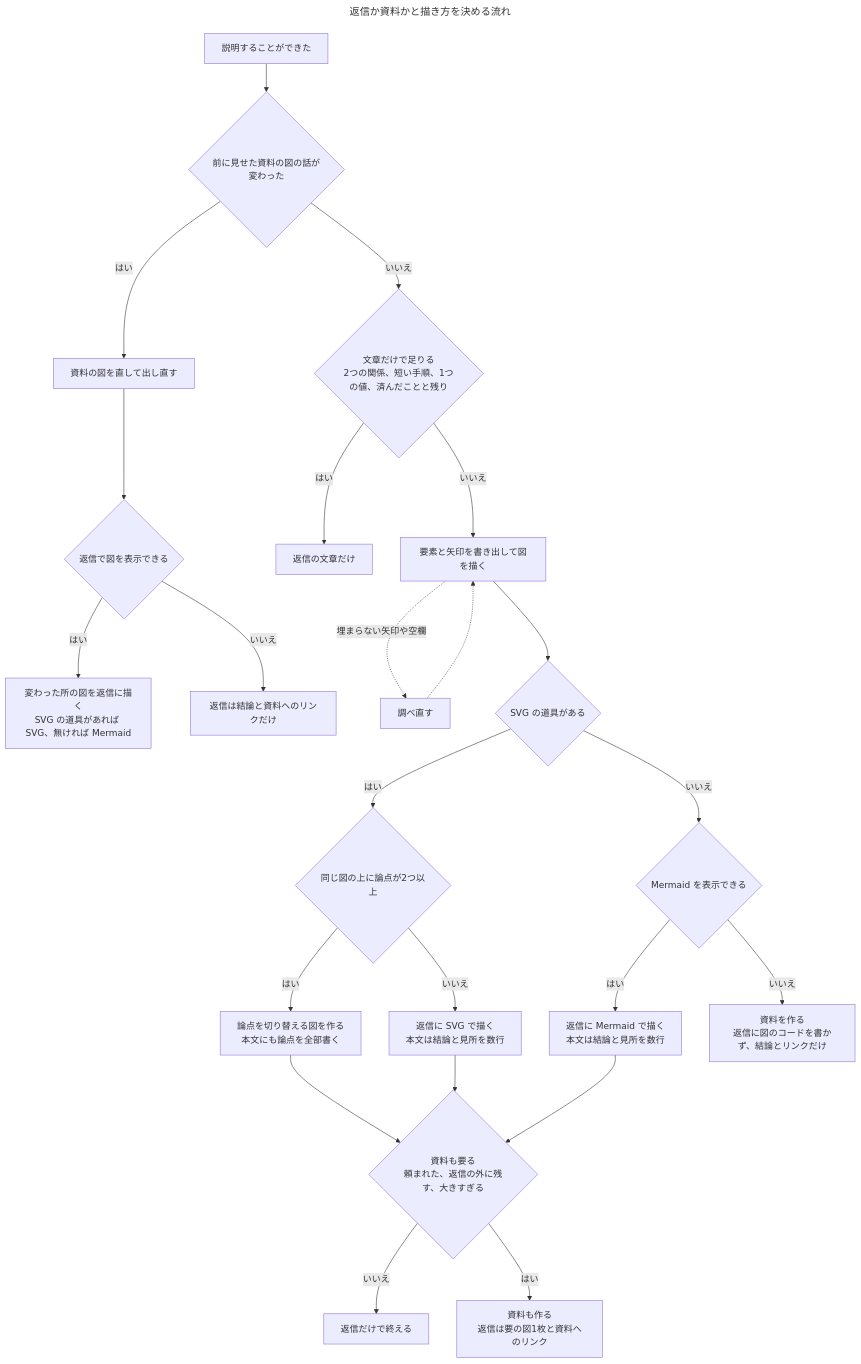
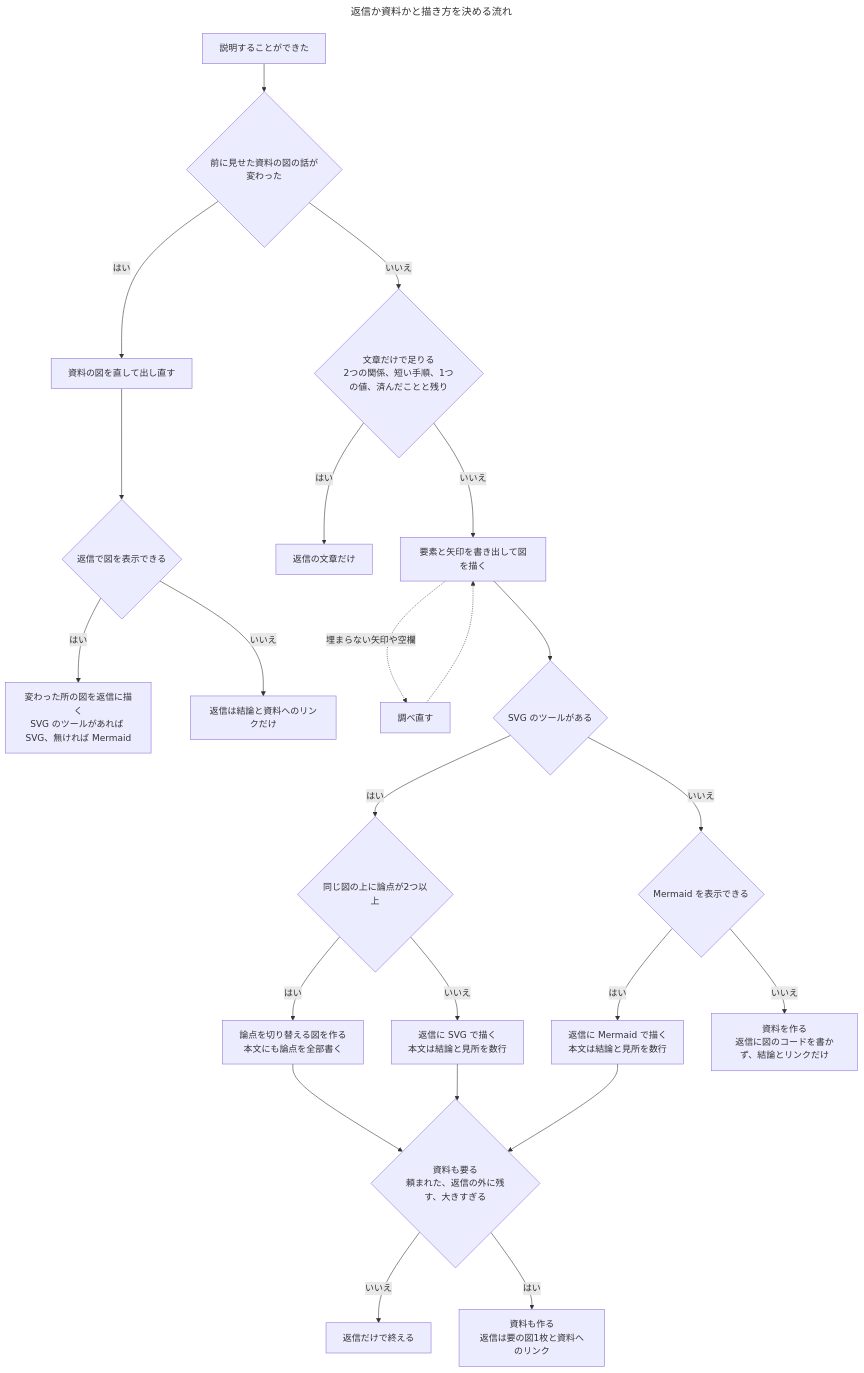
Before and after one commit to u-ichi/agent-plugins: the diagram in plugins/figure-docs/skills/figure-docs/SKILL.md, drawn with Mermaid. The commit also changed other lines of this file and 3 other files, not shown here.

````diff
--- a/plugins/figure-docs/skills/figure-docs/SKILL.md
+++ b/plugins/figure-docs/skills/figure-docs/SKILL.md
@@ -51,27 +51,27 @@
 ```mermaid
 ---
 title: 返信か資料かと描き方を決める流れ
 ---
 flowchart TB
   A[説明することができた] --> H{前に見せた資料の図の話が変わった}
   H -- はい --> I[資料の図を直して出し直す]
   I --> J{返信で図を表示できる}
-  J -- はい --> K["変わった所の図を返信に描く<br>SVG の道具があれば SVG、無ければ Mermaid"]
+  J -- はい --> K["変わった所の図を返信に描く<br>SVG のツールがあれば SVG、無ければ Mermaid"]
   J -- いいえ --> L[返信は結論と資料へのリンクだけ]
   H -- いいえ --> B{"文章だけで足りる<br>2つの関係、短い手順、1つの値、済んだことと残り"}
   B -- はい --> T[返信の文章だけ]
   B -- いいえ --> C[要素と矢印を書き出して図を描く]
   C -. 埋まらない矢印や空欄 .-> R[調べ直す] -.-> C
-  C --> D1{SVG の道具がある}
+  C --> D1{SVG のツールがある}
   D1 -- はい --> P{同じ図の上に論点が2つ以上}
   P -- はい --> P2["論点を切り替える図を作る<br>本文にも論点を全部書く"]
   P -- いいえ --> D2["返信に SVG で描く<br>本文は結論と見所を数行"]
   D1 -- いいえ --> D3{Mermaid を表示できる}
   D3 -- はい --> D4["返信に Mermaid で描く<br>本文は結論と見所を数行"]
   D3 -- いいえ --> G2["資料を作る<br>返信に図のコードを書かず、結論とリンクだけ"]
   P2 --> E
   D2 --> E{"資料も要る<br>頼まれた、返信の外に残す、大きすぎる"}
   D4 --> E
   E -- いいえ --> F[返信だけで終える]
   E -- はい --> G1["資料も作る<br>返信は要の図1枚と資料へのリンク"]
 ```
````
